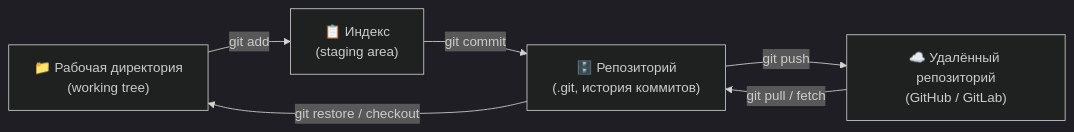
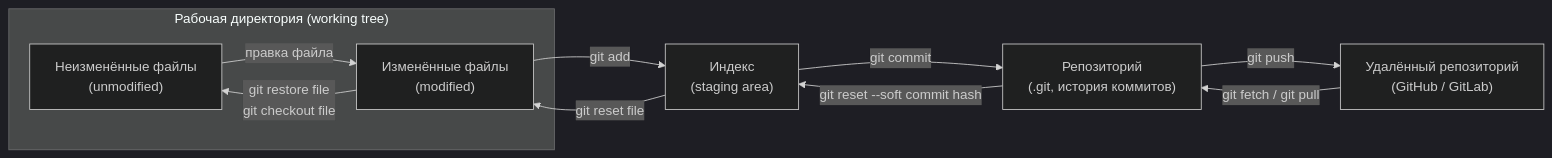
One commit to perets-dev/learn_course changed the second of 6 diagrams in week_1/ds_setup.md. Above: the diagram before and after it, drawn with Mermaid (dark theme). The commit also changed other lines of this file, not shown here.

````diff
--- a/week_1/ds_setup.md
+++ b/week_1/ds_setup.md
@@ -391,8 +363,15 @@
 ```mermaid
 flowchart LR
-    W["📁 Рабочая директория<br/>(working tree)"] -- "git add" --> I["📋 Индекс<br/>(staging area)"]
-    I -- "git commit" --> R["🗄️ Репозиторий<br/>(.git, история коммитов)"]
-    R -- "git push" --> O["☁️ Удалённый репозиторий<br/>(GitHub / GitLab)"]
-    O -- "git pull / fetch" --> R
-    R -- "git restore / checkout" --> W
+    subgraph WD[" Рабочая директория (working tree)"]
+        U["Неизменённые файлы<br/>(unmodified)"]
+        M["Изменённые файлы<br/>(modified)"]
+    end
+    U -- "правка файла" --> M
+    M -- "git restore file<br/>git checkout file" --> U
+    M -- "git add" --> I[" Индекс<br/>(staging area)"]
+    I -- "git reset file" --> M
+    I -- "git commit" --> R[" Репозиторий<br/>(.git, история коммитов)"]
+    R -- "git reset --soft commit hash" --> I
+    R -- "git push" --> O[" Удалённый репозиторий<br/>(GitHub / GitLab)"]
+    O -- "git fetch / git pull" --> R
 ```
````
